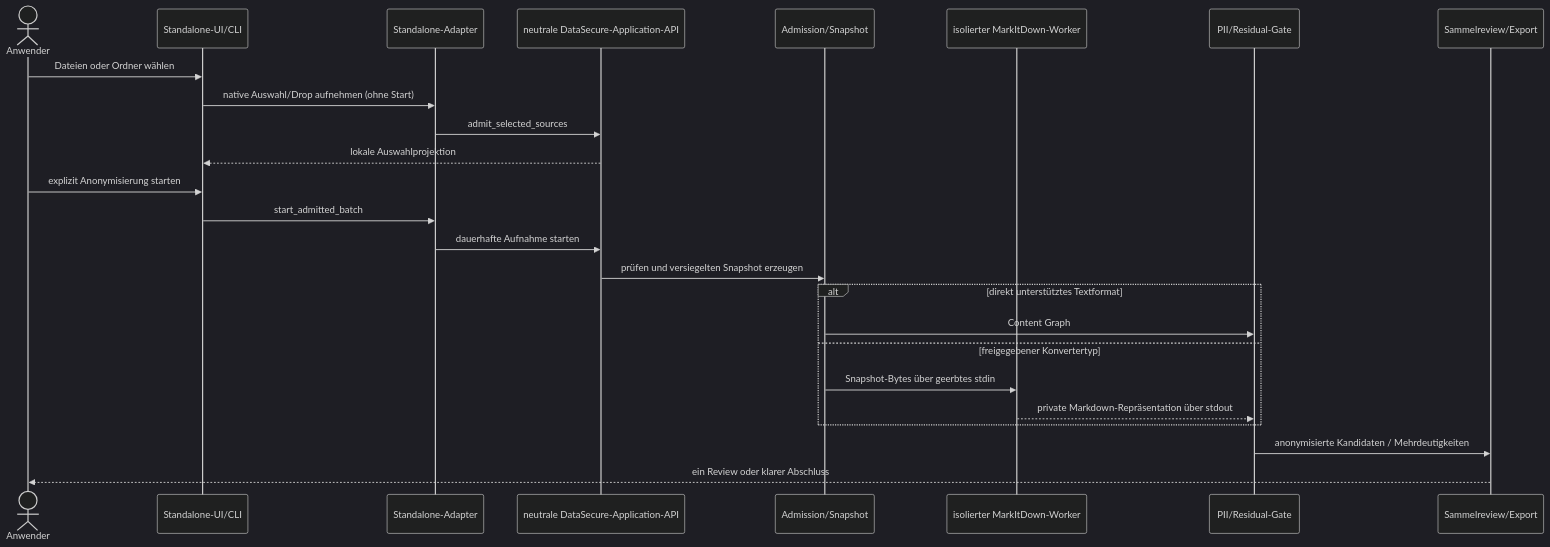
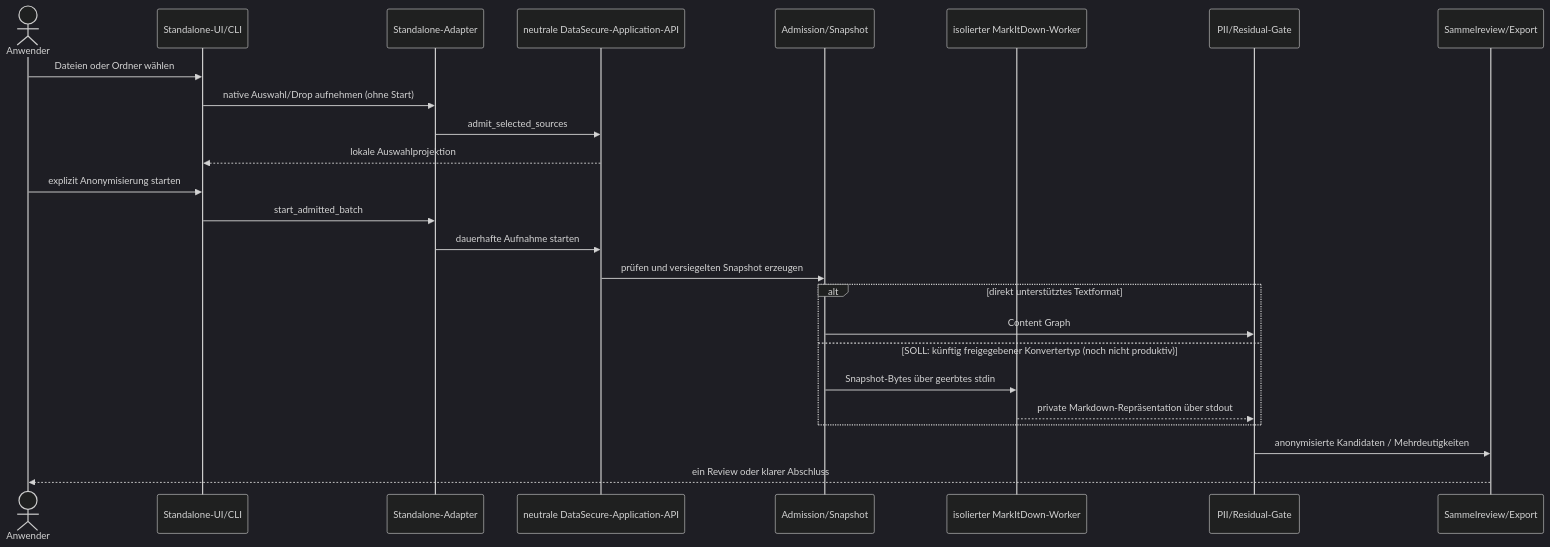
Diagram 13 of 16 in docs/canonical/UML_ARCHITECTURE.md (renepuhlmannarbeit/msg_gbh_DataSecure), drawn with Mermaid (dark theme) before and after one commit. The commit also changed other lines of this file and 55 other files, not shown here.

````diff
--- a/docs/canonical/UML_ARCHITECTURE.md
+++ b/docs/canonical/UML_ARCHITECTURE.md
@@ -492,27 +495,27 @@
 ```mermaid
 sequenceDiagram
   actor U as Anwender
   participant S as Standalone-UI/CLI
   participant A as Standalone-Adapter
   participant E as neutrale DataSecure-Application-API
   participant I as Admission/Snapshot
   participant M as isolierter MarkItDown-Worker
   participant P as PII/Residual-Gate
   participant V as Sammelreview/Export
   U->>S: Dateien oder Ordner wählen
   S->>A: native Auswahl/Drop aufnehmen (ohne Start)
   A->>E: admit_selected_sources
   E-->>S: lokale Auswahlprojektion
   U->>S: explizit Anonymisierung starten
   S->>A: start_admitted_batch
   A->>E: dauerhafte Aufnahme starten
   E->>I: prüfen und versiegelten Snapshot erzeugen
   alt direkt unterstütztes Textformat
     I->>P: Content Graph
-  else freigegebener Konvertertyp
+  else SOLL: künftig freigegebener Konvertertyp (noch nicht produktiv)
     I->>M: Snapshot-Bytes über geerbtes stdin
     M-->>P: private Markdown-Repräsentation über stdout
   end
   P->>V: anonymisierte Kandidaten / Mehrdeutigkeiten
   V-->>U: ein Review oder klarer Abschluss
 ```
````
